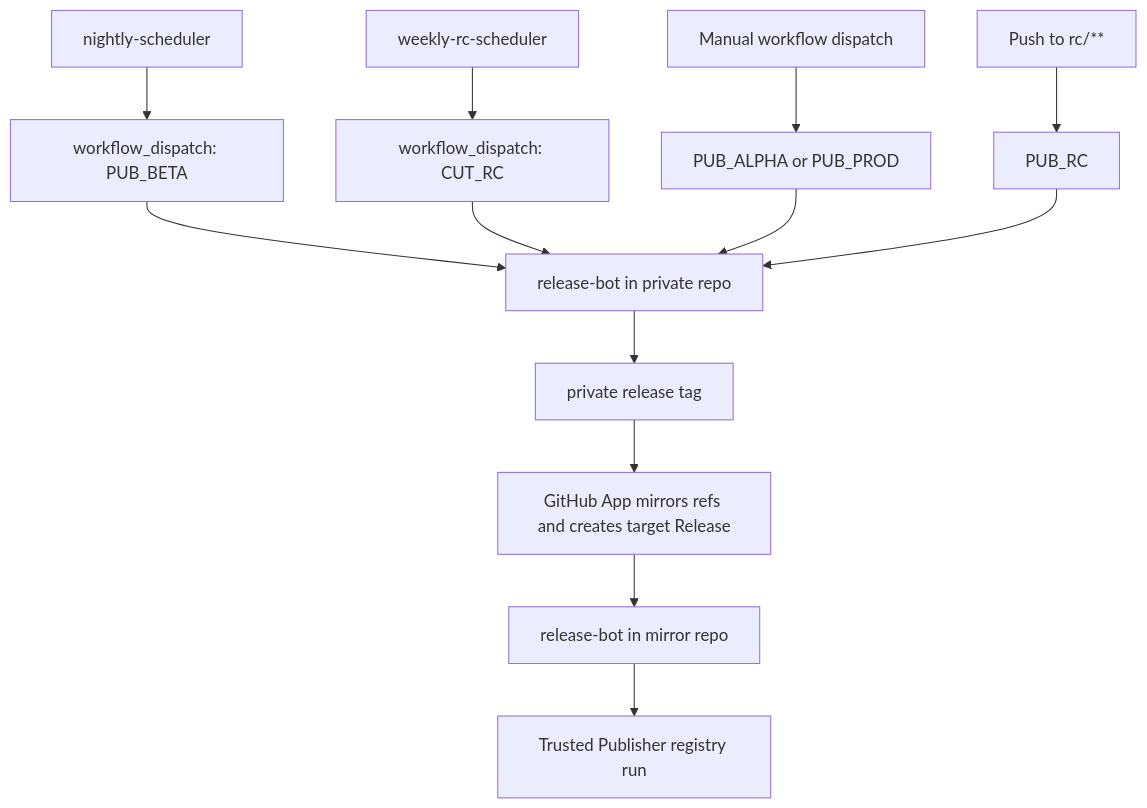
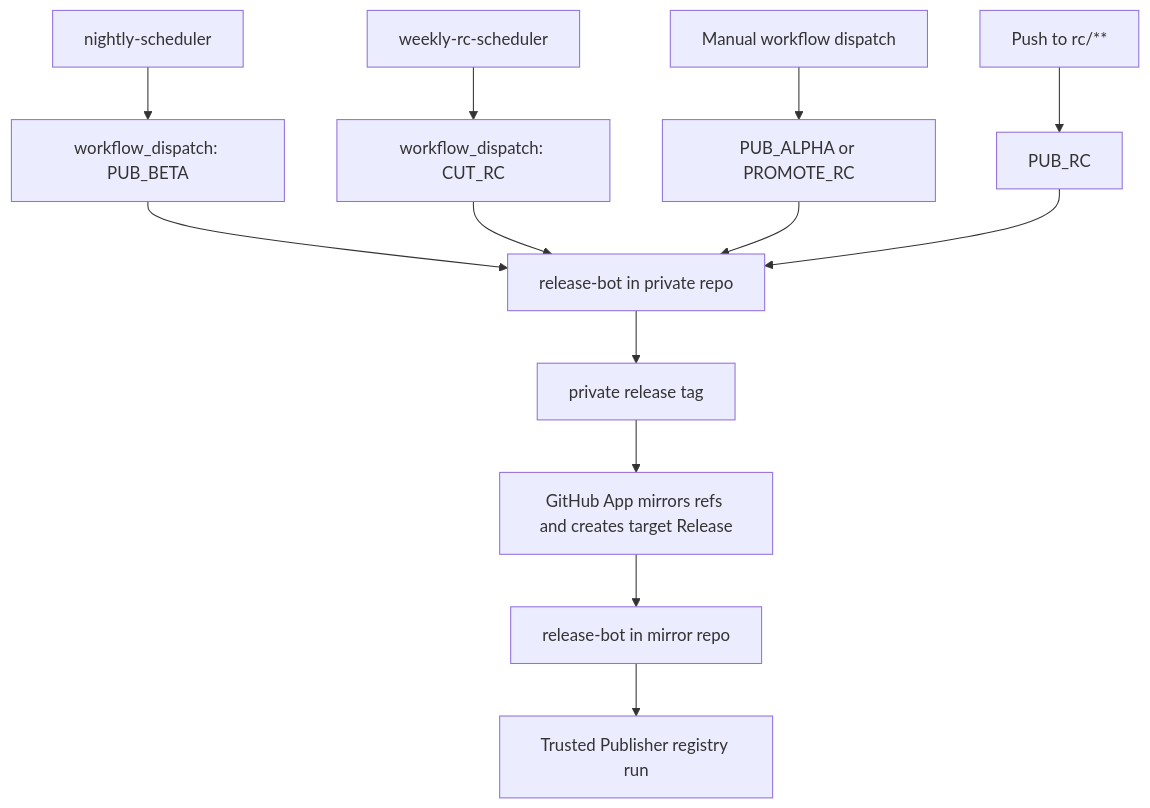
One commit to loomb-oai/test-public-repo changed the diagram in README.md. Above: the diagram before and after it, drawn with Mermaid. The commit also changed other lines of this file and 1 other file, not shown here.

Commit message:
ci(release): use promote rc approval flow

````diff
--- a/README.md
+++ b/README.md
@@ -107,15 +107,15 @@
 ```mermaid
 flowchart TD
   A["nightly-scheduler"] --> C["workflow_dispatch: PUB_BETA"]
   B["weekly-rc-scheduler"] --> D["workflow_dispatch: CUT_RC"]
-  E["Manual workflow dispatch"] --> F["PUB_ALPHA or PUB_PROD"]
+  E["Manual workflow dispatch"] --> F["PUB_ALPHA or PROMOTE_RC"]
   G["Push to rc/**"] --> H["PUB_RC"]
   C --> I["release-bot in private repo"]
   D --> I
   F --> I
   H --> I
   I --> J["private release tag"]
   J --> K["GitHub App mirrors refs and creates target Release"]
   K --> L["release-bot in mirror repo"]
   L --> M["Trusted Publisher registry run"]
 ```
````
